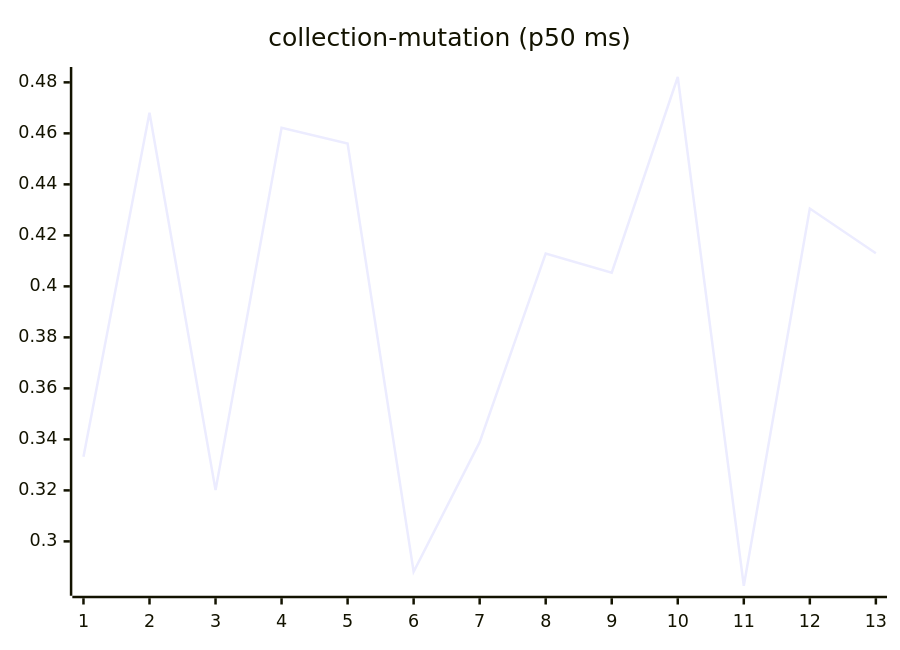
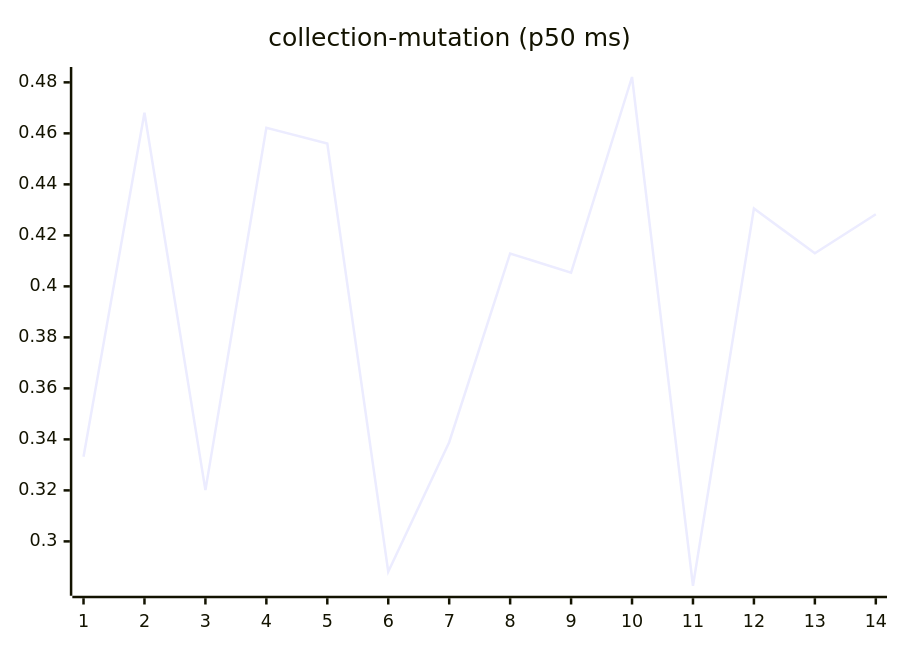
The sixth of 27 diagrams in README.md (josha/Facet), drawn with Mermaid before and after one commit. The commit also changed other lines of this file and 2 other files, not shown here.

````diff
--- a/README.md
+++ b/README.md
@@ -98,6 +98,6 @@
 ```mermaid
 xychart-beta
     title "collection-mutation (p50 ms)"
-    x-axis 1 --> 13
-    line [0.3332, 0.4681, 0.3201, 0.4622, 0.4560, 0.2881, 0.3389, 0.4129, 0.4054, 0.4821, 0.2826, 0.4305, 0.4130]
+    x-axis 1 --> 14
+    line [0.3332, 0.4681, 0.3201, 0.4622, 0.4560, 0.2881, 0.3389, 0.4129, 0.4054, 0.4821, 0.2826, 0.4305, 0.4130, 0.4283]
 ```
````
